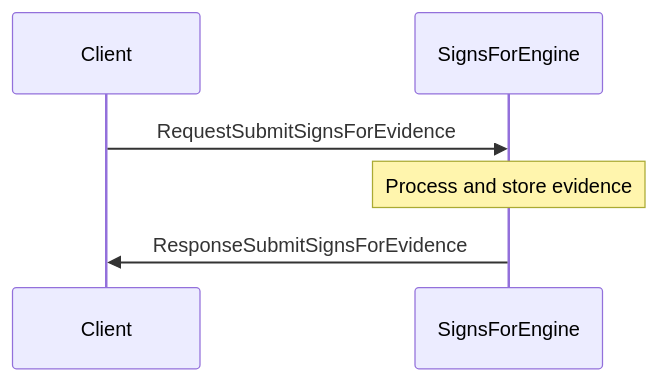
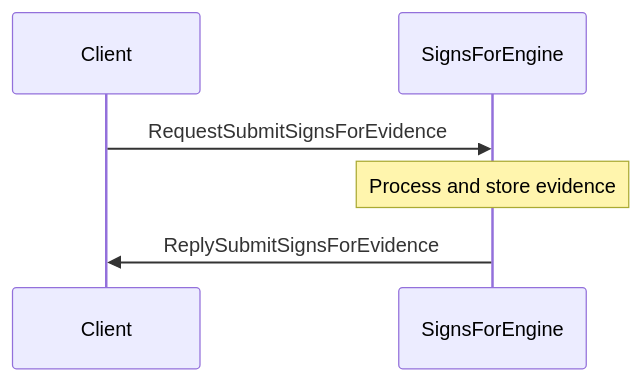
One commit to anoma/nspec changed the first of 3 diagrams in docs/arch/node/engines/signs_for_messages.juvix.md. Above: the diagram before and after it, drawn with Mermaid. The commit also changed other lines of this file and 37 other files, not shown here.

Commit message:
Renamed all instances of "Response" to "Reply" in message interfaces for consistency across commitment, decryption, identity management, and other engines.

````diff
--- a/docs/arch/node/engines/signs_for_messages.juvix.md
+++ b/docs/arch/node/engines/signs_for_messages.juvix.md
@@ -35,9 +35,9 @@
 ```mermaid
 sequenceDiagram
     participant Client
     participant SignsForEngine
 
     Client->>SignsForEngine: RequestSubmitSignsForEvidence
     Note over SignsForEngine: Process and store evidence
-    SignsForEngine->>Client: ResponseSubmitSignsForEvidence
+    SignsForEngine->>Client: ReplySubmitSignsForEvidence
 ```
````
